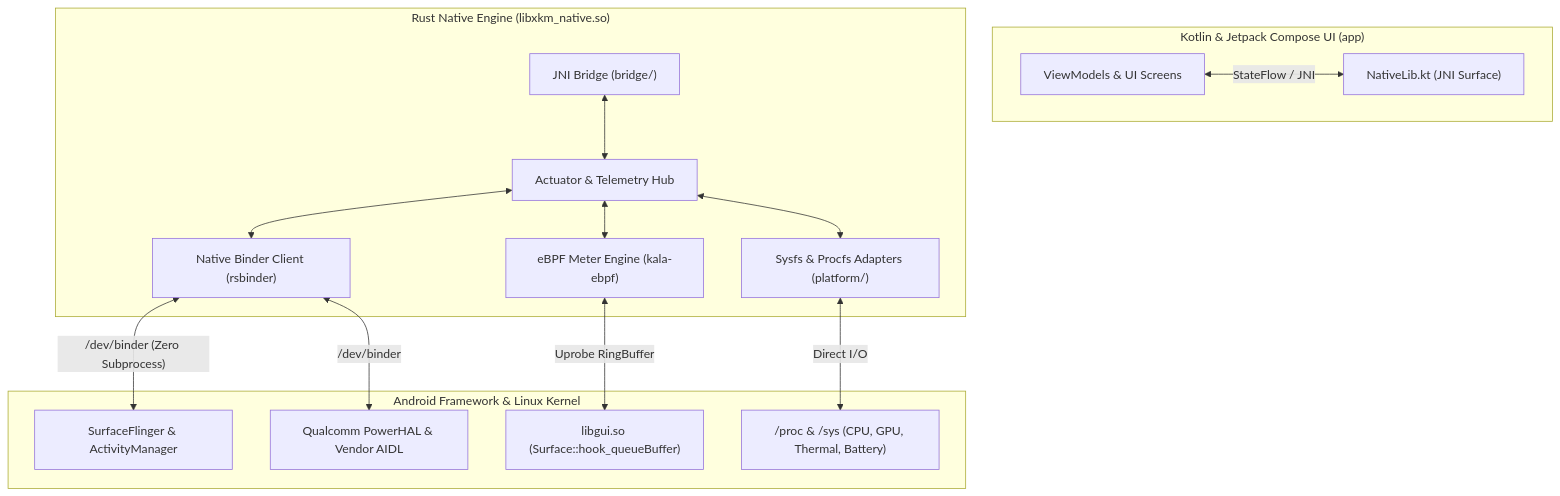
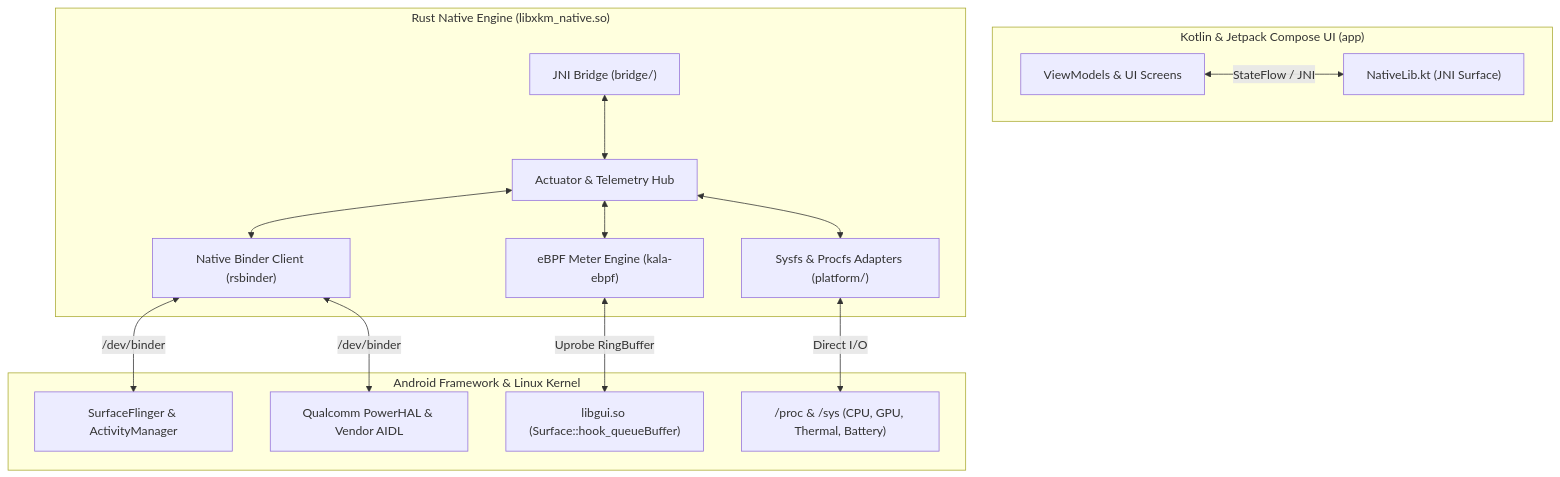
The diagram in rust/README.md (Xtra-Manager-Software/Xtra-Kernel-Manager), drawn with Mermaid before and after one commit. The commit also changed other lines of this file, not shown here.

````diff
--- a/rust/README.md
+++ b/rust/README.md
@@ -22,21 +20,21 @@
 ```mermaid
 flowchart TD
     subgraph UI["Kotlin & Jetpack Compose UI (app)"]
         VM["ViewModels & UI Screens"] <-->|"StateFlow / JNI"| NL["NativeLib.kt (JNI Surface)"]
     end
 
     subgraph CORE["Rust Native Engine (libxkm_native.so)"]
         JNI["JNI Bridge (bridge/)"] <--> ACT["Actuator & Telemetry Hub"]
         
         ACT <--> BINDER["Native Binder Client (rsbinder)"]
         ACT <--> EBPF["eBPF Meter Engine (kala-ebpf)"]
         ACT <--> SYSFS["Sysfs & Procfs Adapters (platform/)"]
     end
 
     subgraph OS["Android Framework & Linux Kernel"]
-        BINDER <-->|"/dev/binder (Zero Subprocess)"| SF["SurfaceFlinger & ActivityManager"]
+        BINDER <-->|"/dev/binder"| SF["SurfaceFlinger & ActivityManager"]
         BINDER <-->|"/dev/binder"| HAL["Qualcomm PowerHAL & Vendor AIDL"]
         EBPF <-->|"Uprobe RingBuffer"| LG["libgui.so (Surface::hook_queueBuffer)"]
         SYSFS <-->|Direct I/O| KRN["/proc & /sys (CPU, GPU, Thermal, Battery)"]
     end
 ```
````
